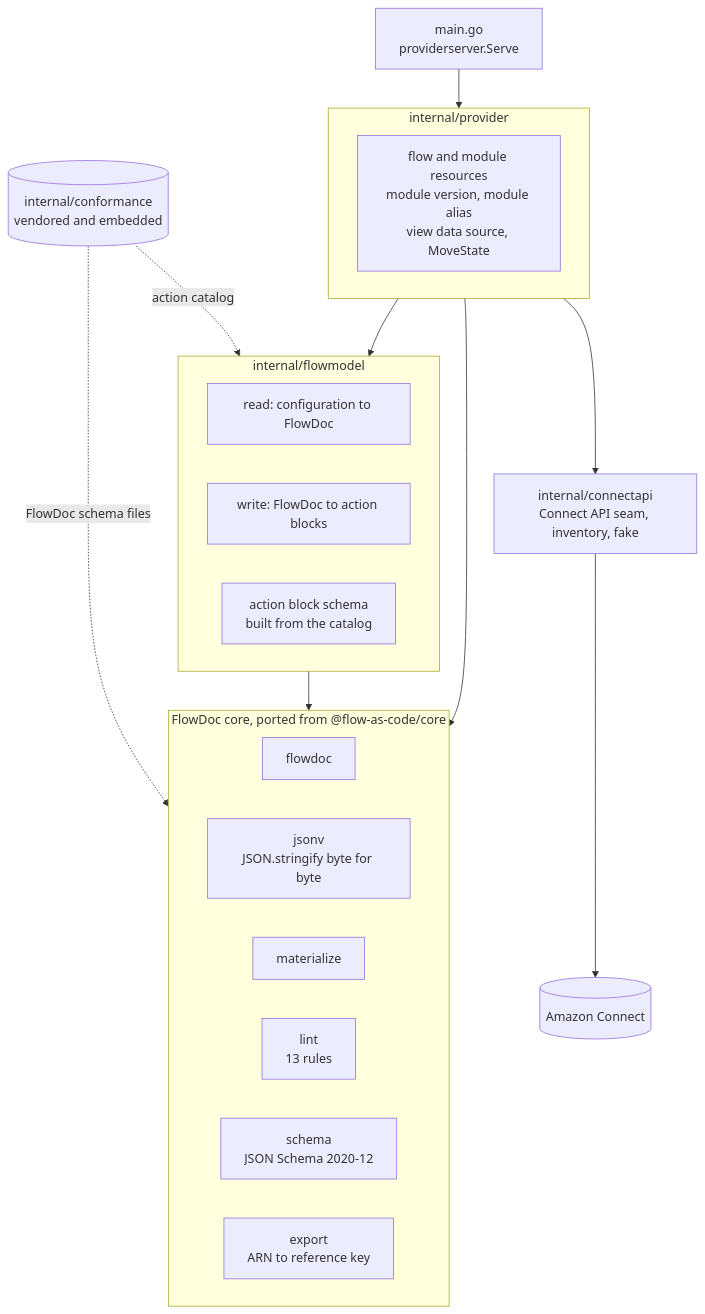
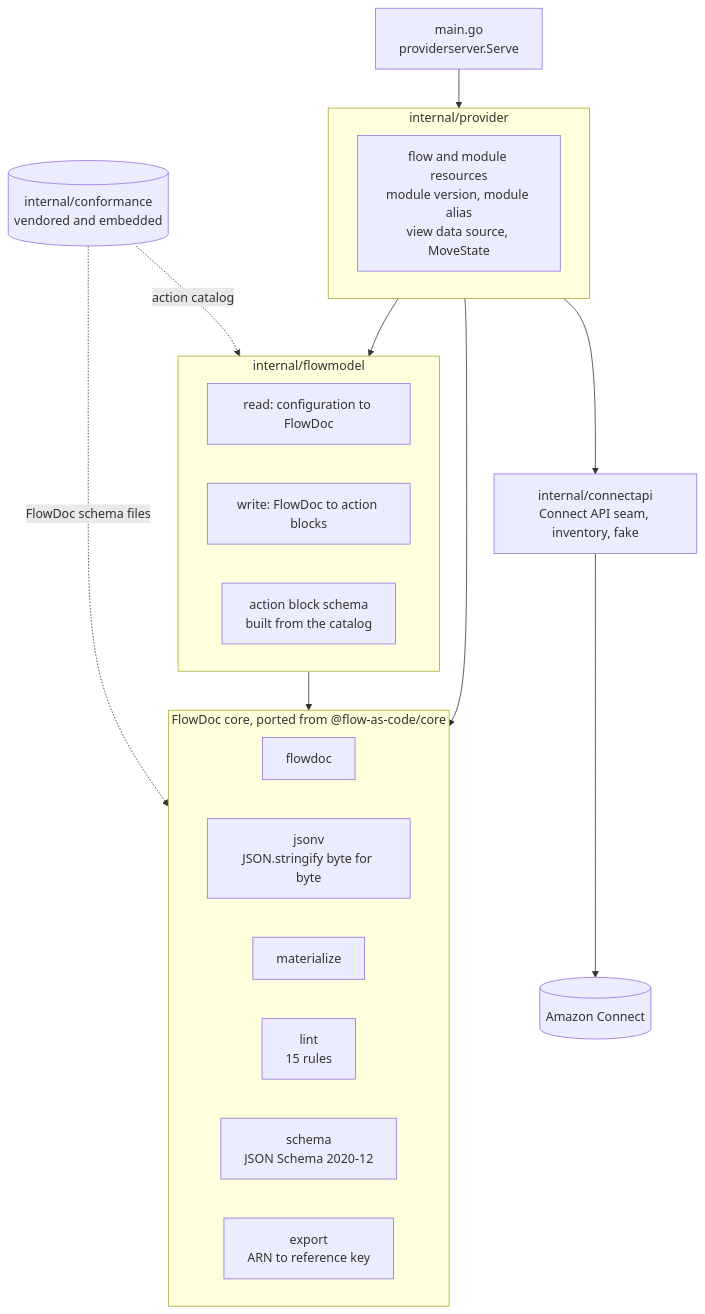
One commit to flow-as-code/terraform-provider-flowascode changed the first of 2 diagrams in ARCHITECTURE.md. Above: the diagram before and after it, drawn with Mermaid. The commit also changed 2 other files, not shown here.

Commit message:
docs: regenerate for maximum_length as a String; fifteen lint rules
go generate moves get_participant_input's maximum_length from Number to
String in both resource pages (catalog kind integerString, flow-as-code
C04), and the architecture diagram counts the two new rules.

````diff
--- a/ARCHITECTURE.md
+++ b/ARCHITECTURE.md
@@ -10,36 +10,36 @@
 ```mermaid
 flowchart TB
   main["main.go<br/>providerserver.Serve"]
 
   subgraph provider["internal/provider"]
     resources["flow and module resources<br/>module version, module alias<br/>view data source, MoveState"]
   end
 
   subgraph model["internal/flowmodel"]
     reader["read: configuration to FlowDoc"]
     writer["write: FlowDoc to action blocks"]
     blocks["action block schema<br/>built from the catalog"]
   end
 
   subgraph core["FlowDoc core, ported from @flow-as-code/core"]
     flowdoc["flowdoc"]
     jsonv["jsonv<br/>JSON.stringify byte for byte"]
     materialize["materialize"]
-    lint["lint<br/>13 rules"]
+    lint["lint<br/>15 rules"]
     schema["schema<br/>JSON Schema 2020-12"]
     export["export<br/>ARN to reference key"]
   end
 
   connectapi["internal/connectapi<br/>Connect API seam, inventory, fake"]
   conformance[("internal/conformance<br/>vendored and embedded")]
   connect[("Amazon Connect")]
 
   main --> provider
   provider --> model
   provider --> core
   provider --> connectapi
   model --> core
   connectapi --> connect
   conformance -. "action catalog" .-> model
   conformance -. "FlowDoc schema files" .-> core
 ```
````
